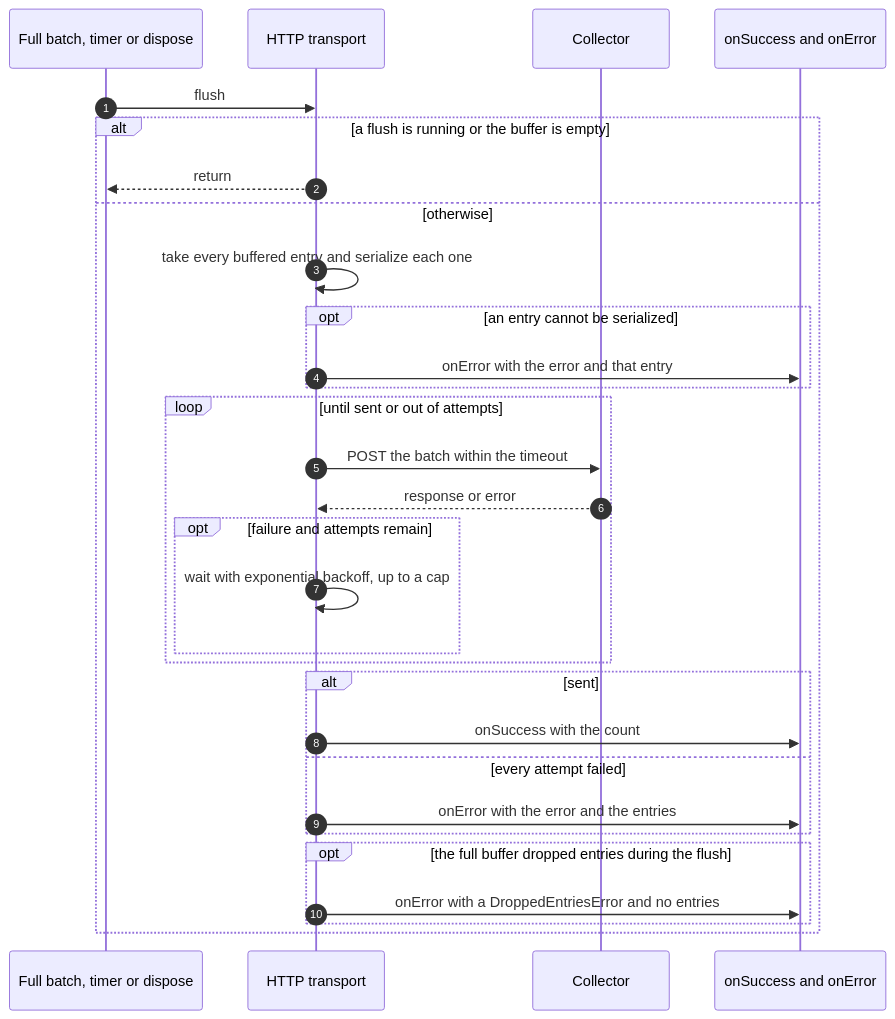
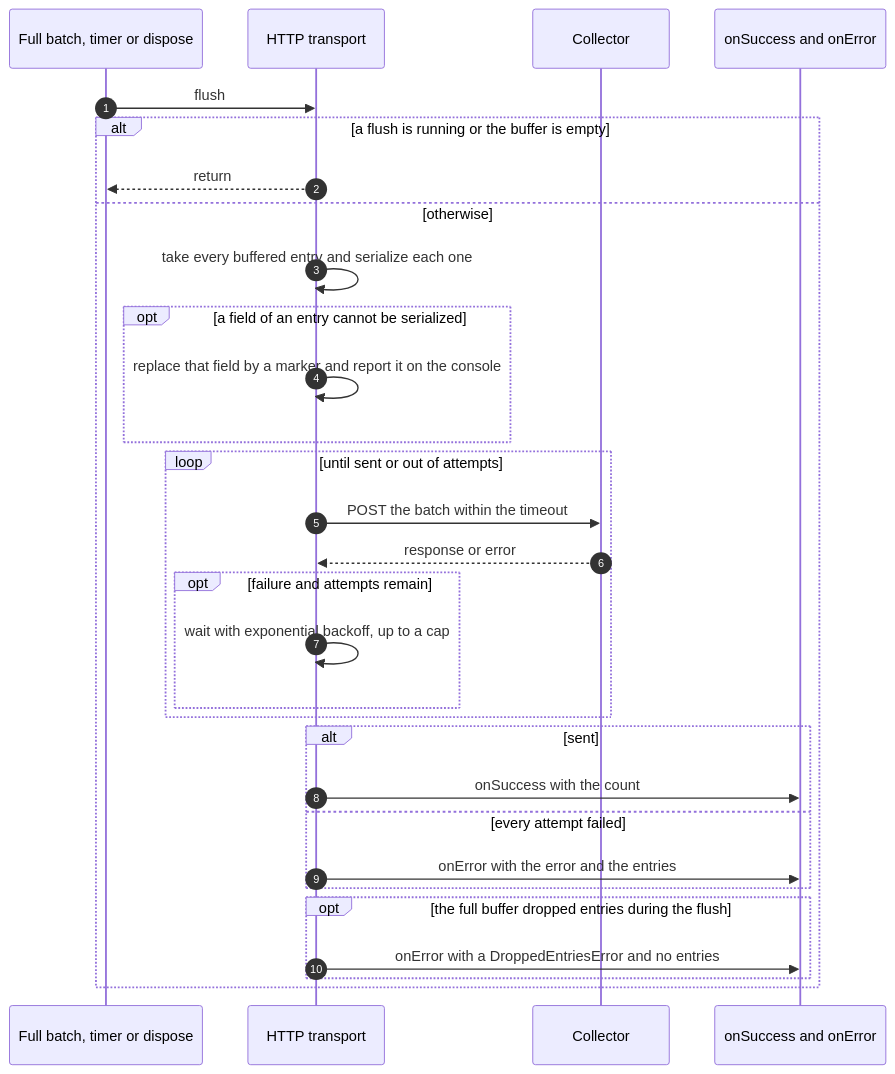
Before and after one commit to NextNodeSolutions/core: the second of 2 diagrams in packages/logger/docs/transports/http.md, drawn with Mermaid. The commit also changed other lines of this file and 5 other files, not shown here.

First line of the commit message:
fix(logger): keep the json line when a field cannot be serialized

````diff
--- a/packages/logger/docs/transports/http.md
+++ b/packages/logger/docs/transports/http.md
@@ -99,32 +99,32 @@
 ```mermaid
 sequenceDiagram
     autonumber
     participant Trigger as Full batch, timer or dispose
     participant T as HTTP transport
     participant C as Collector
     participant Hooks as onSuccess and onError
     Trigger->>T: flush
     alt a flush is running or the buffer is empty
         T-->>Trigger: return
     else otherwise
         T->>T: take every buffered entry and serialize each one
-        opt an entry cannot be serialized
-            T->>Hooks: onError with the error and that entry
+        opt a field of an entry cannot be serialized
+            T->>T: replace that field by a marker and report it on the console
         end
         loop until sent or out of attempts
             T->>C: POST the batch within the timeout
             C-->>T: response or error
             opt failure and attempts remain
                 T->>T: wait with exponential backoff, up to a cap
             end
         end
         alt sent
             T->>Hooks: onSuccess with the count
         else every attempt failed
             T->>Hooks: onError with the error and the entries
         end
         opt the full buffer dropped entries during the flush
             T->>Hooks: onError with a DroppedEntriesError and no entries
         end
     end
 ```
````
